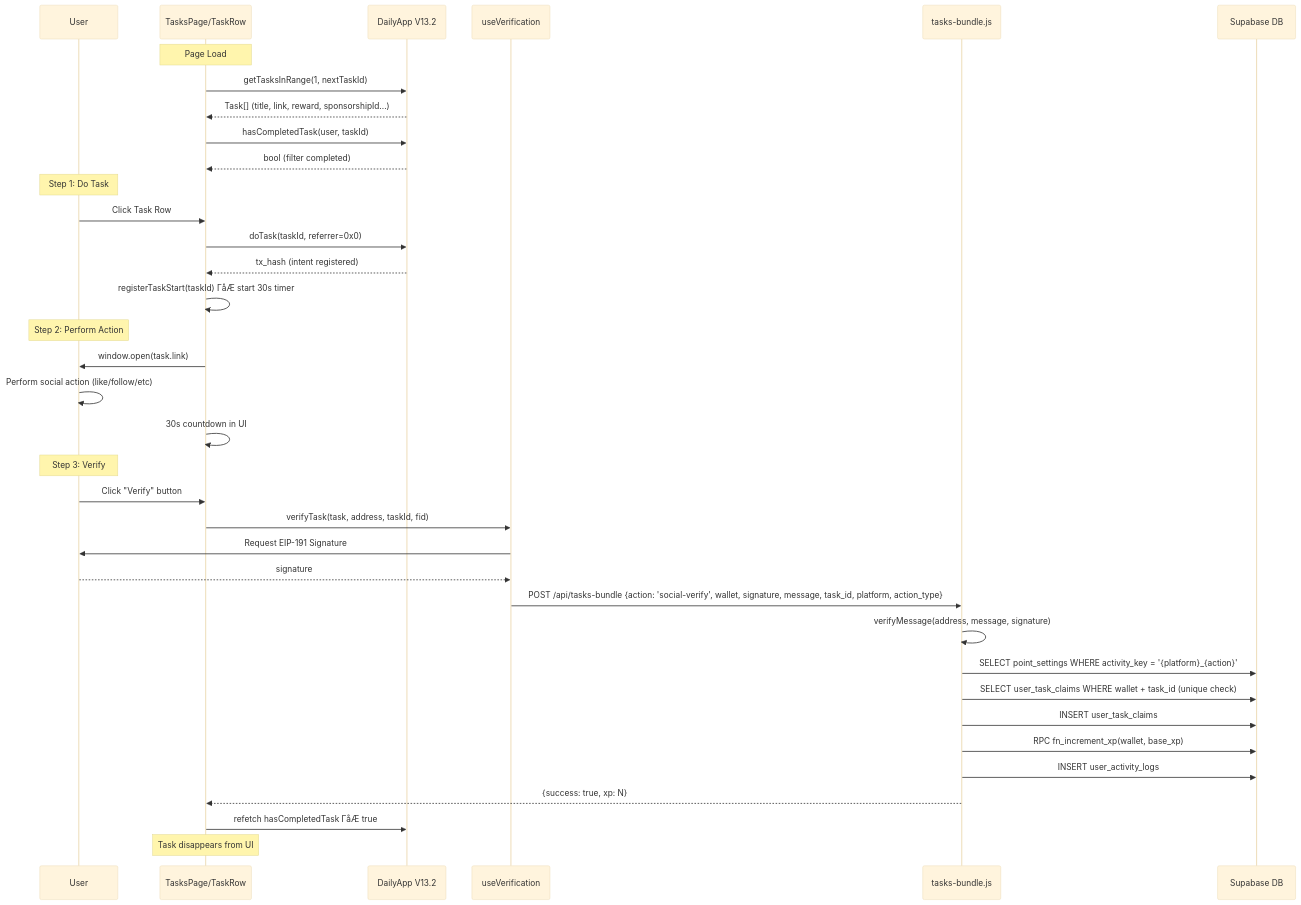
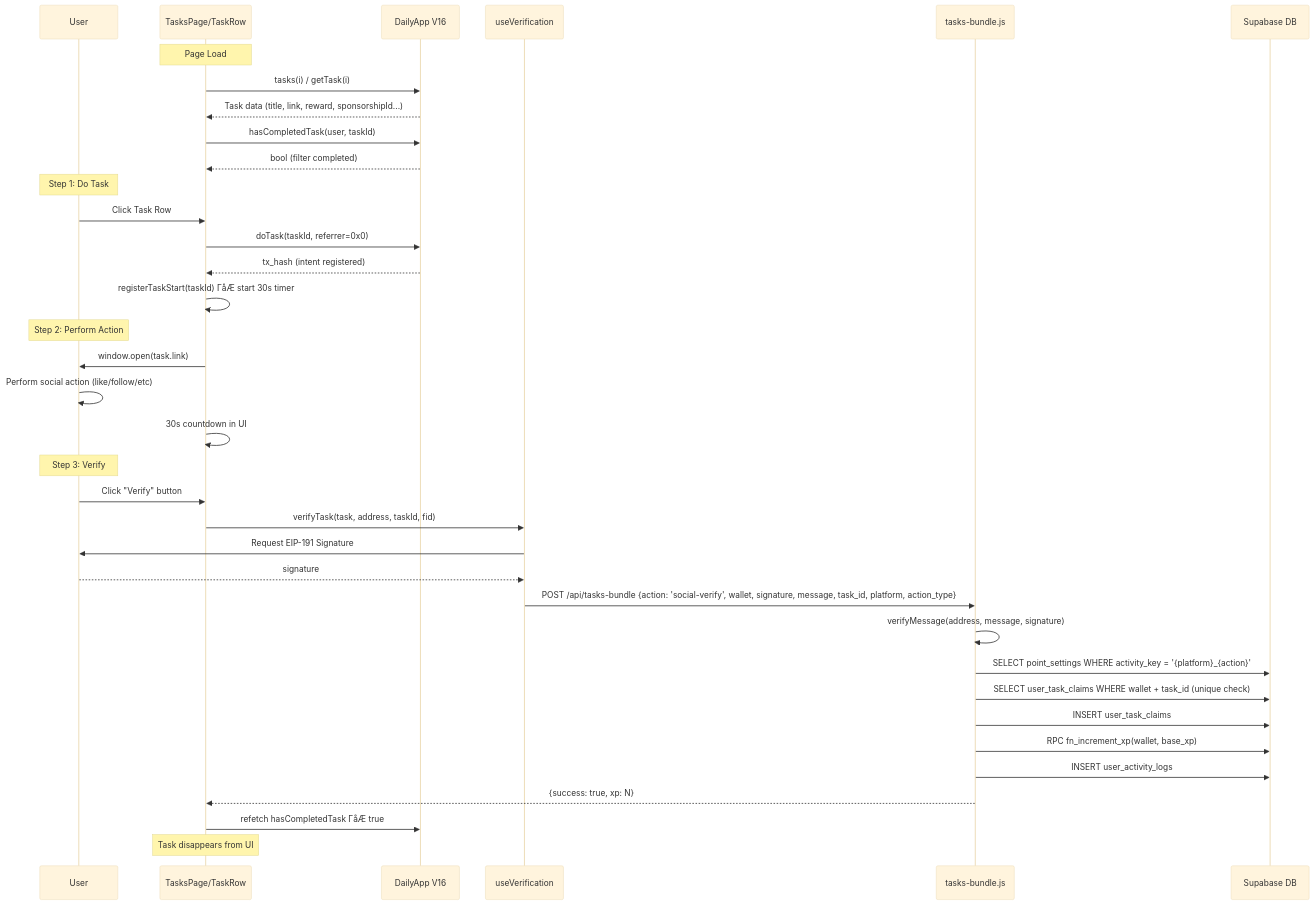
Before and after one commit to cryptodiscolab/Crypto_Discovery_App: the third of 8 diagrams in PRD/TASK_FEATURE_WORKFLOW.md, drawn with Mermaid (base theme). The commit also changed other lines of this file and 39 other files, not shown here.

````diff
--- a/PRD/TASK_FEATURE_WORKFLOW.md
+++ b/PRD/TASK_FEATURE_WORKFLOW.md
@@ -375,44 +377,44 @@
 ```mermaid
 sequenceDiagram
     participant U as User
     participant FE as TasksPage/TaskRow
-    participant SC as DailyApp V13.2
+    participant SC as DailyApp V16
     participant UV as useVerification
     participant API as tasks-bundle.js
     participant DB as Supabase DB
 
     Note over FE: Page Load
-    FE->>SC: getTasksInRange(1, nextTaskId)
-    SC-->>FE: Task[] (title, link, reward, sponsorshipId...)
+    FE->>SC: tasks(i) / getTask(i)
+    SC-->>FE: Task data (title, link, reward, sponsorshipId...)
     FE->>SC: hasCompletedTask(user, taskId)
     SC-->>FE: bool (filter completed)
 
     Note over U: Step 1: Do Task
     U->>FE: Click Task Row
     FE->>SC: doTask(taskId, referrer=0x0)
     SC-->>FE: tx_hash (intent registered)
     FE->>FE: registerTaskStart(taskId) ΓåÆ start 30s timer
 
     Note over U: Step 2: Perform Action
     FE->>U: window.open(task.link)
     U->>U: Perform social action (like/follow/etc)
     FE->>FE: 30s countdown in UI
 
     Note over U: Step 3: Verify
     U->>FE: Click "Verify" button
     FE->>UV: verifyTask(task, address, taskId, fid)
     UV->>U: Request EIP-191 Signature
     U-->>UV: signature
     UV->>API: POST /api/tasks-bundle {action: 'social-verify', wallet, signature, message, task_id, platform, action_type}
 
     API->>API: verifyMessage(address, message, signature)
     API->>DB: SELECT point_settings WHERE activity_key = '{platform}_{action}'
     API->>DB: SELECT user_task_claims WHERE wallet + task_id (unique check)
     API->>DB: INSERT user_task_claims
     API->>DB: RPC fn_increment_xp(wallet, base_xp)
     API->>DB: INSERT user_activity_logs
     API-->>FE: {success: true, xp: N}
 
     FE->>SC: refetch hasCompletedTask ΓåÆ true
     Note over FE: Task disappears from UI
 ```
````
